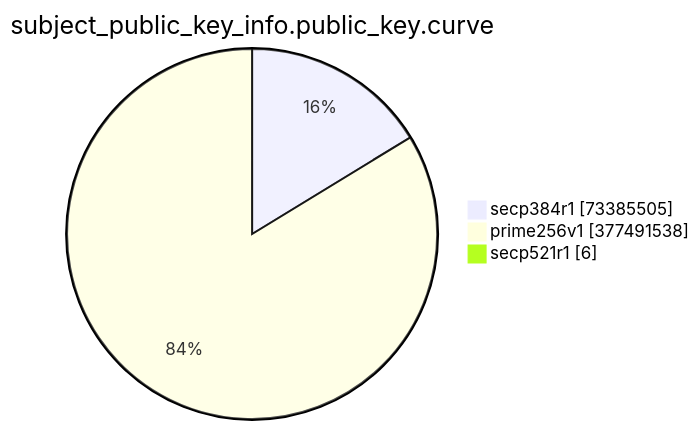
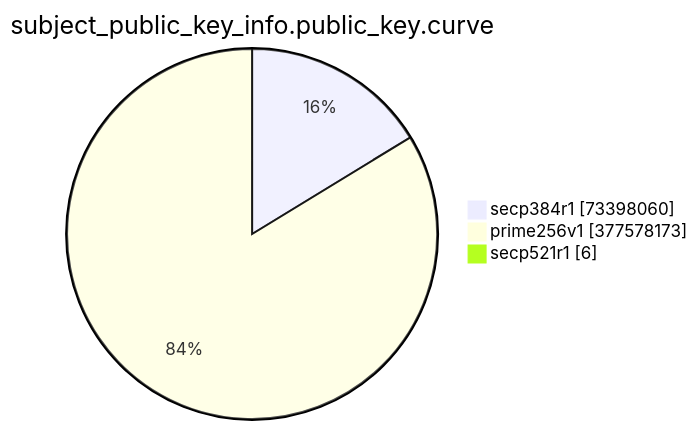
The eighth of 15 diagrams in TOTAL/README.md (christiankrug/ctmonitor_visualization), drawn with Mermaid before and after one commit. The commit also changed other lines of this file, not shown here.

````diff
--- a/TOTAL/README.md
+++ b/TOTAL/README.md
@@ -3094,7 +3094,7 @@
 ```mermaid
 pie showData
 title subject_public_key_info.public_key.curve
-"secp384r1" :73385505
-"prime256v1" :377491538
+"secp384r1" :73398060
+"prime256v1" :377578173
 "secp521r1" :6
 ```
````
